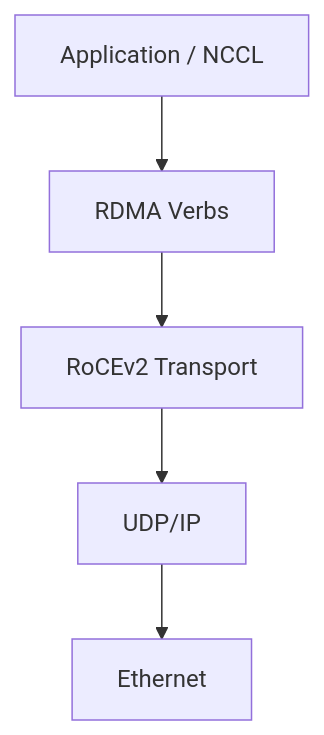
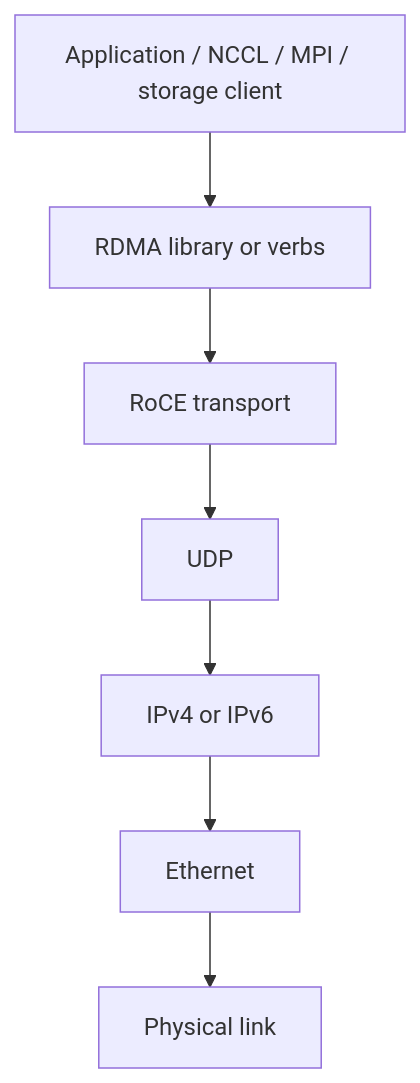
The second of 3 diagrams in docs/nvidia-zero-to-hero/volume-09/chapter-03-rocev2-and-rdma-over-ethernet.md (jithinpnjm/nvidia-devops), drawn with Mermaid before and after one commit. The commit also changed other lines of this file and 2 other files, not shown here.

Commit message:
docs: deepen Volume 09 Ethernet foundations

````diff
--- a/docs/nvidia-zero-to-hero/volume-09/chapter-03-rocev2-and-rdma-over-ethernet.md
+++ b/docs/nvidia-zero-to-hero/volume-09/chapter-03-rocev2-and-rdma-over-ethernet.md
@@ -18,9 +64,11 @@
 ```mermaid
 flowchart TD
-    App[Application / NCCL]
-    Verbs[RDMA Verbs]
-    RoCE[RoCEv2 Transport]
-    UDP[UDP/IP]
-    Eth[Ethernet]
-    App --> Verbs --> RoCE --> UDP --> Eth
+    ULP[Application / NCCL / MPI / storage client]
+    API[RDMA library or verbs]
+    R[RoCE transport]
+    UDP[UDP]
+    IP[IPv4 or IPv6]
+    ETH[Ethernet]
+    PHY[Physical link]
+    ULP --> API --> R --> UDP --> IP --> ETH --> PHY
 ```
````
